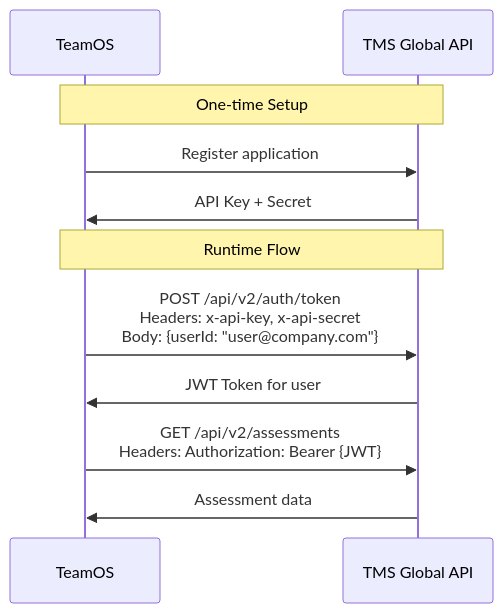
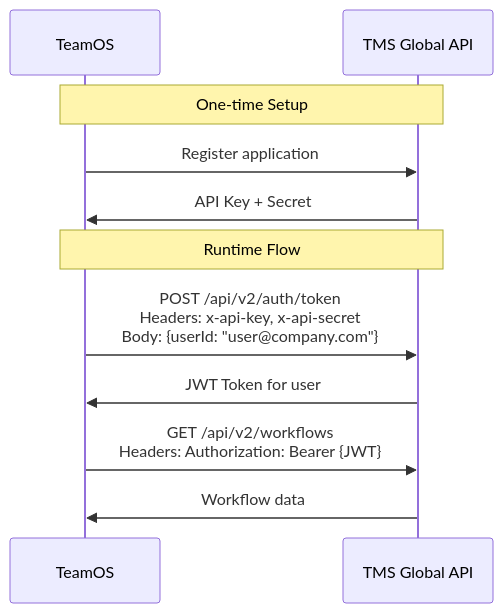
One commit to tmscoach/teamOS-Agents-Demo changed the diagram in docs/tms-api-spec/SIMPLIFIED-AUTH-APPROACH.md. Above: the diagram before and after it, drawn with Mermaid. The commit also changed other lines of this file, not shown here.

````diff
--- a/docs/tms-api-spec/SIMPLIFIED-AUTH-APPROACH.md
+++ b/docs/tms-api-spec/SIMPLIFIED-AUTH-APPROACH.md
@@ -9,16 +9,16 @@
 ```mermaid
 sequenceDiagram
     participant TeamOS
     participant TMS as TMS Global API
     
     Note over TeamOS,TMS: One-time Setup
     TeamOS->>TMS: Register application
     TMS->>TeamOS: API Key + Secret
     
     Note over TeamOS,TMS: Runtime Flow
     TeamOS->>TMS: POST /api/v2/auth/token<br/>Headers: x-api-key, x-api-secret<br/>Body: {userId: "user@company.com"}
     TMS->>TeamOS: JWT Token for user
     
-    TeamOS->>TMS: GET /api/v2/assessments<br/>Headers: Authorization: Bearer {JWT}
-    TMS->>TeamOS: Assessment data
+    TeamOS->>TMS: GET /api/v2/workflows<br/>Headers: Authorization: Bearer {JWT}
+    TMS->>TeamOS: Workflow data
 ```
````
